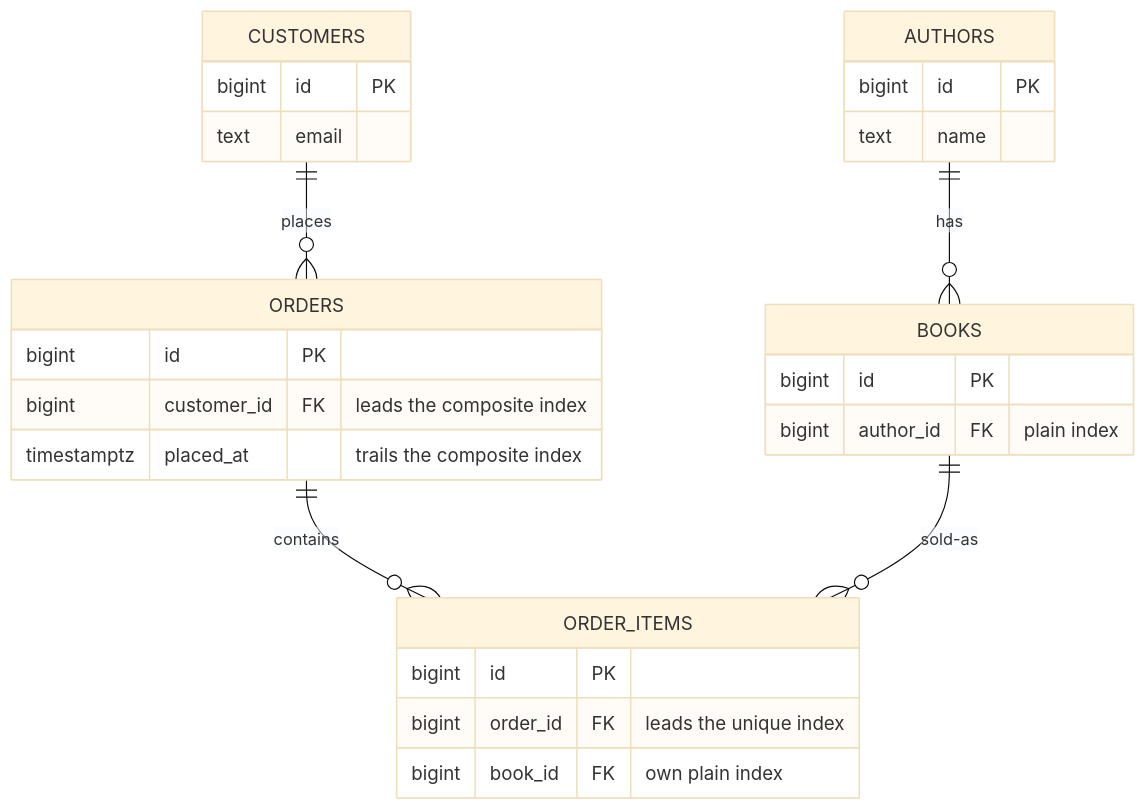
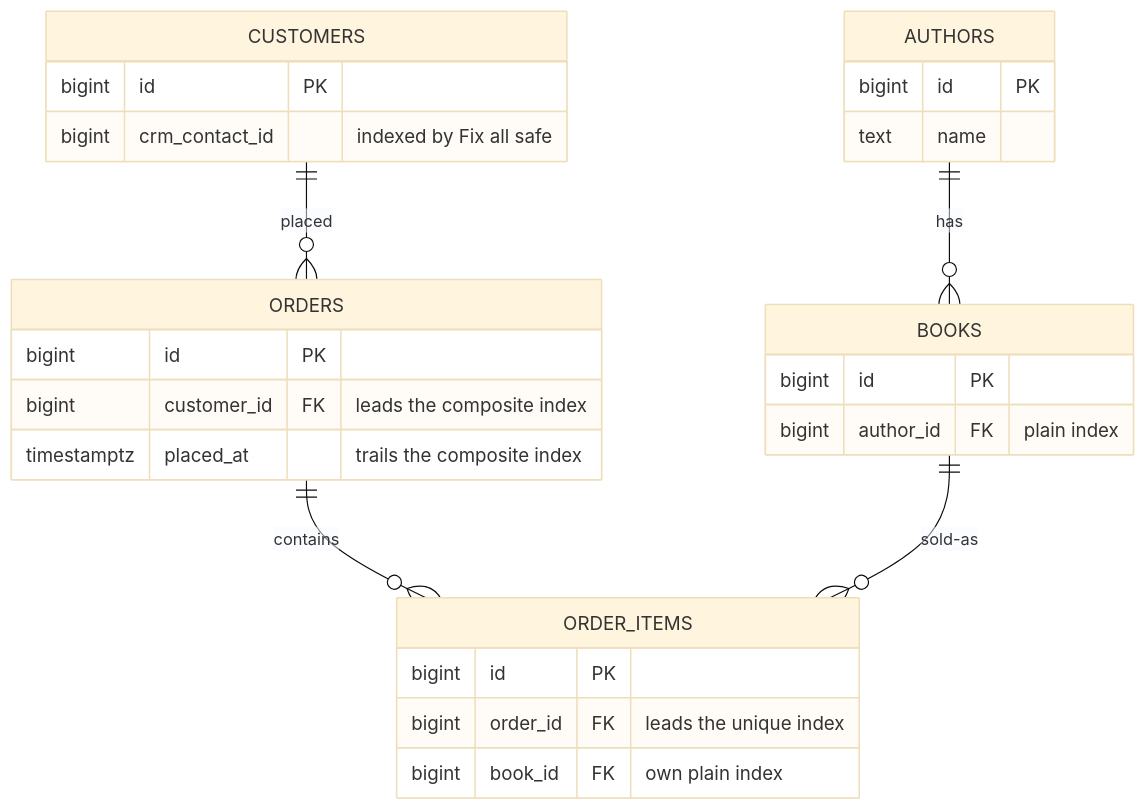
Before and after one commit to zemarsil/DatabaseVisualizer: the diagram in docs/walkthroughs/07-add-indexes.md, drawn with Mermaid (base theme). The commit also changed other lines of this file and 43 other files, not shown here.

````diff
--- a/docs/walkthroughs/07-add-indexes.md
+++ b/docs/walkthroughs/07-add-indexes.md
@@ -43,29 +48,29 @@
 ```mermaid
 erDiagram
     AUTHORS ||--o{ BOOKS : has
-    CUSTOMERS ||--o{ ORDERS : places
+    CUSTOMERS ||--o{ ORDERS : placed
     ORDERS ||--o{ ORDER_ITEMS : contains
     BOOKS ||--o{ ORDER_ITEMS : sold-as
     AUTHORS {
         bigint id PK
         text name
     }
     BOOKS {
         bigint id PK
         bigint author_id FK "plain index"
     }
     CUSTOMERS {
         bigint id PK
-        text email
+        bigint crm_contact_id "indexed by Fix all safe"
     }
     ORDERS {
         bigint id PK
         bigint customer_id FK "leads the composite index"
         timestamptz placed_at "trails the composite index"
     }
     ORDER_ITEMS {
         bigint id PK
         bigint order_id FK "leads the unique index"
         bigint book_id FK "own plain index"
     }
 ```
````
